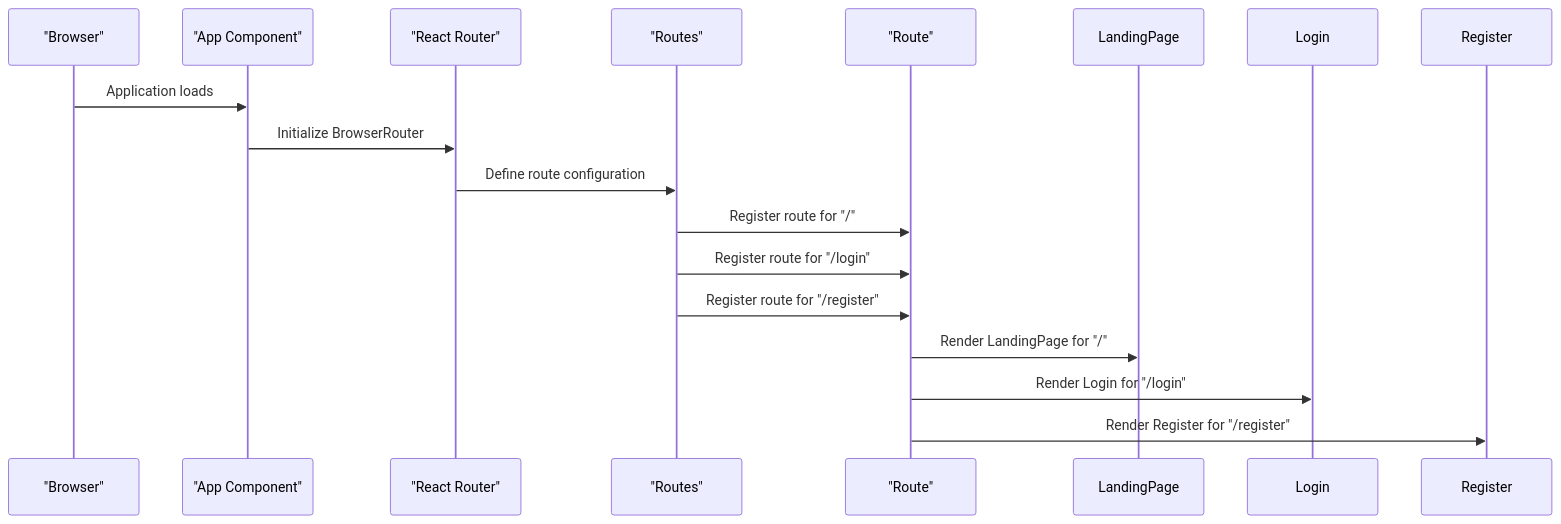
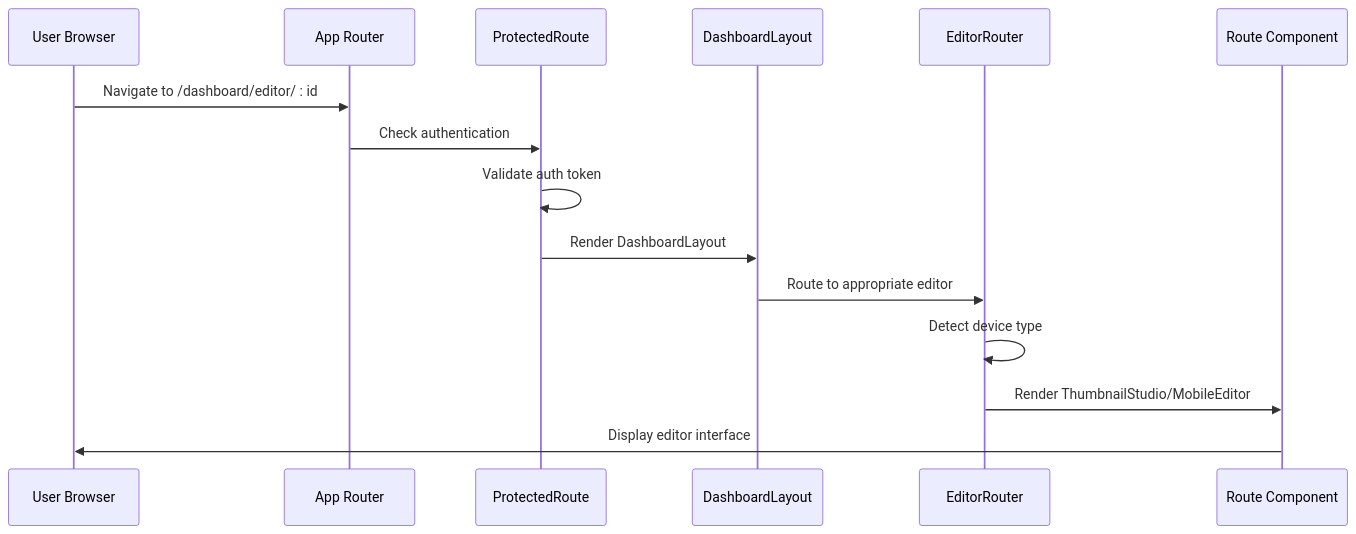
Before and after one commit to Brimstow/ThumPiks: the second of 5 diagrams in .qoder/repowiki/en/content/Frontend Architecture/Routing & Navigation.md, drawn with Mermaid. The commit also changed other lines of this file and 900 other files, not shown here.

````diff
--- a/.qoder/repowiki/en/content/Frontend Architecture/Routing & Navigation.md
+++ b/.qoder/repowiki/en/content/Frontend Architecture/Routing & Navigation.md
@@ -91,17 +104,17 @@
 ```mermaid
 sequenceDiagram
-participant Browser as "Browser"
-participant App as "App Component"
-participant Router as "React Router"
-participant Routes as "Routes"
-participant Route as "Route"
-Browser->>App : Application loads
-App->>Router : Initialize BrowserRouter
-Router->>Routes : Define route configuration
-Routes->>Route : Register route for "/"
-Routes->>Route : Register route for "/login"
-Routes->>Route : Register route for "/register"
-Route->>LandingPage : Render LandingPage for "/"
-Route->>Login : Render Login for "/login"
-Route->>Register : Render Register for "/register"
+participant User as User Browser
+participant App as App Router
+participant Guard as ProtectedRoute
+participant Layout as DashboardLayout
+participant Editor as EditorRouter
+participant Component as Route Component
+User->>App : Navigate to /dashboard/editor/ : id
+App->>Guard : Check authentication
+Guard->>Guard : Validate auth token
+Guard->>Layout : Render DashboardLayout
+Layout->>Editor : Route to appropriate editor
+Editor->>Editor : Detect device type
+Editor->>Component : Render ThumbnailStudio/MobileEditor
+Component->>User : Display editor interface
 ```
````
